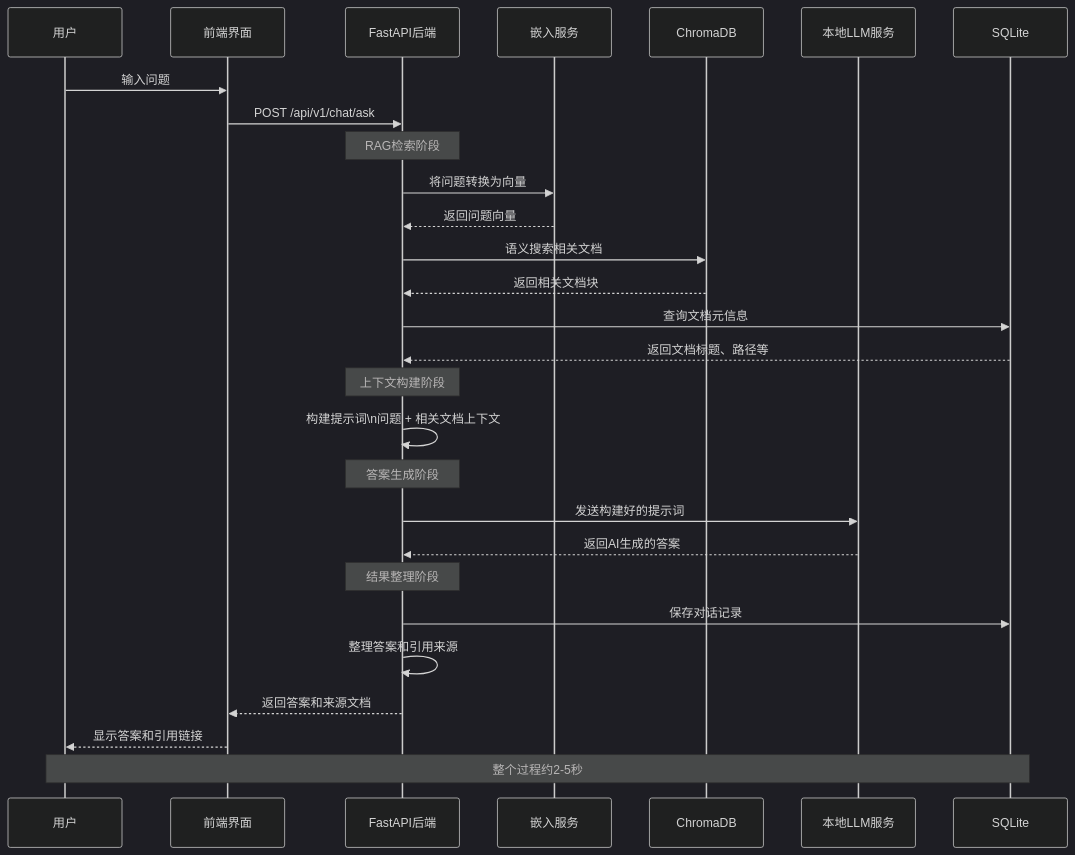
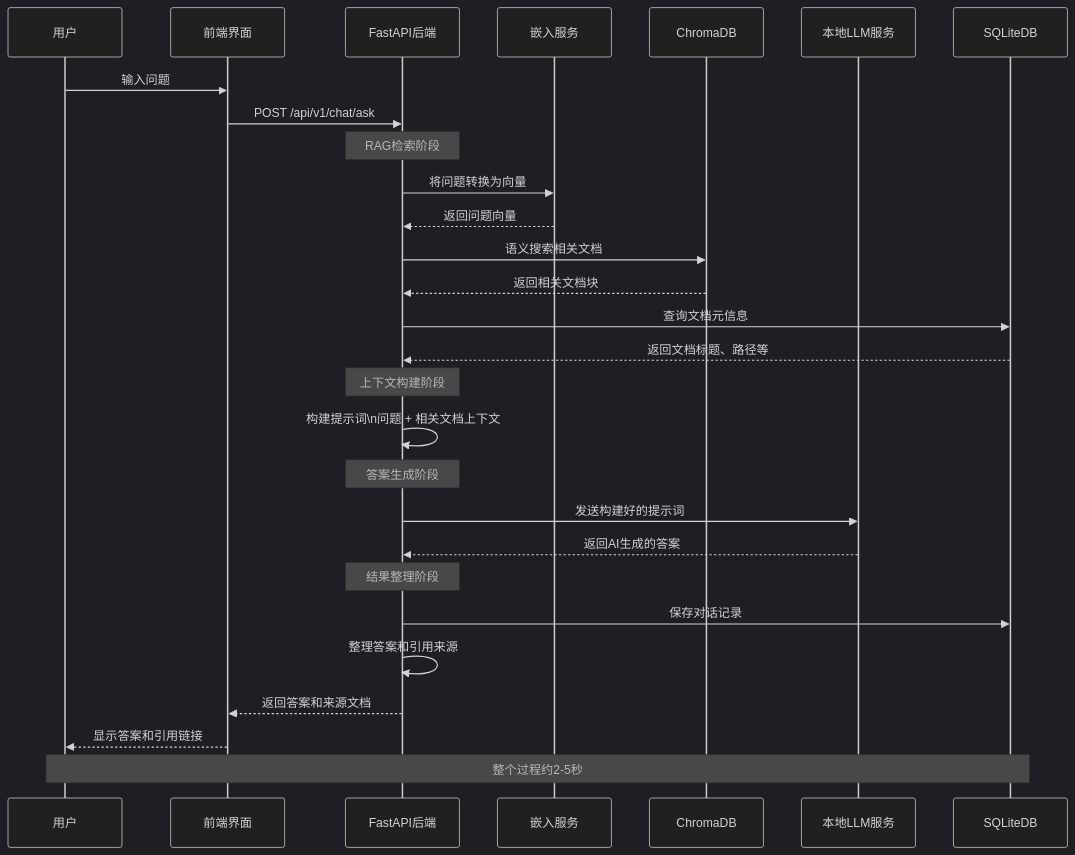
The fifth of 6 diagrams in README.md (songyi1999/ai-notebook), drawn with Mermaid (dark theme) before and after one commit. The commit also changed other lines of this file and 25 other files, not shown here.

````diff
--- a/README.md
+++ b/README.md
@@ -243,39 +264,39 @@
 ```mermaid
 sequenceDiagram
     participant User as 用户
     participant UI as 前端界面
     participant API as FastAPI后端
     participant Embed as 嵌入服务
     participant ChromaDB as ChromaDB
     participant LocalLLM as 本地LLM服务
-    participant DB as SQLite
+    participant DB as SQLiteDB
 
     User->>UI: 输入问题
     UI->>API: POST /api/v1/chat/ask
     
     Note over API: RAG检索阶段
     API->>Embed: 将问题转换为向量
     Embed-->>API: 返回问题向量
     
     API->>ChromaDB: 语义搜索相关文档
     ChromaDB-->>API: 返回相关文档块
     
     API->>DB: 查询文档元信息
     DB-->>API: 返回文档标题、路径等
     
     Note over API: 上下文构建阶段
     API->>API: 构建提示词\n问题 + 相关文档上下文
     
     Note over API: 答案生成阶段
     API->>LocalLLM: 发送构建好的提示词
     LocalLLM-->>API: 返回AI生成的答案
     
     Note over API: 结果整理阶段
     API->>DB: 保存对话记录
     API->>API: 整理答案和引用来源
     
     API-->>UI: 返回答案和来源文档
     UI-->>User: 显示答案和引用链接
     
     Note over User,DB: 整个过程约2-5秒
 ```
````
